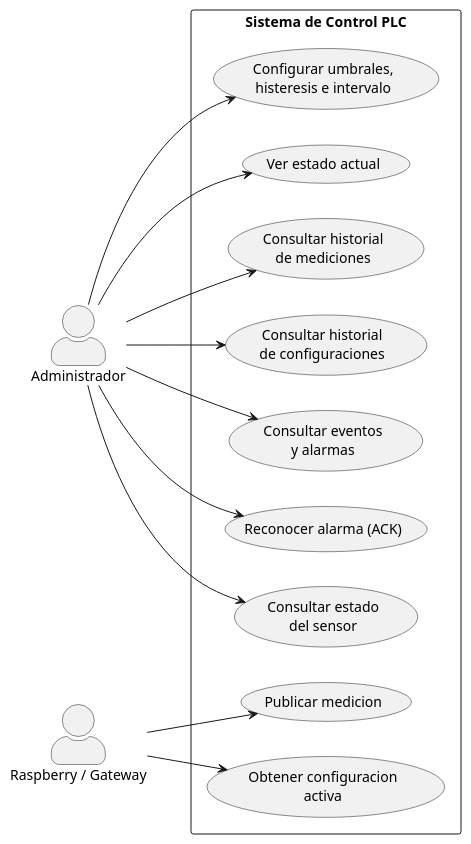
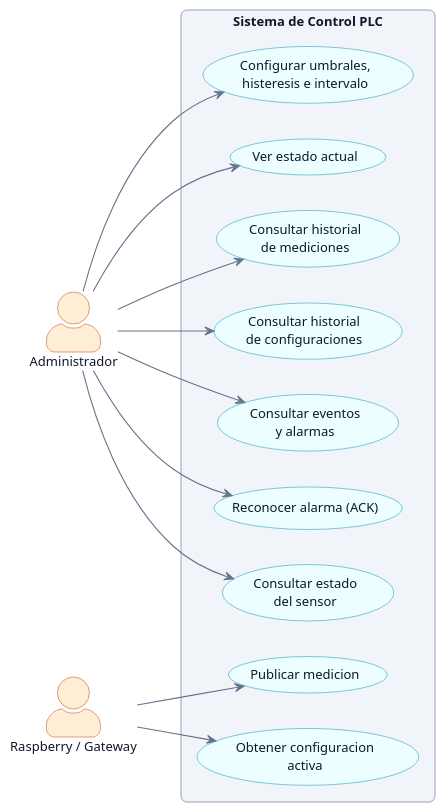
One commit to andinogabriel/plc-control-backend changed the diagram in docs/uml/use_cases.puml. Above: the diagram before and after it, drawn with PlantUML. The commit also changed 32 other files, not shown here.

Commit message:
docs: modernize UML visual style (project palette, flat/rounded) + add ADRs and C4 context

```diff
--- a/docs/uml/use_cases.puml
+++ b/docs/uml/use_cases.puml
@@ -1,31 +1,68 @@
 @startuml use_cases
+' --- estilo moderno 2026 (flat, redondeado, paleta del proyecto; fondo claro para legibilidad en GitHub) ---
+skinparam backgroundColor #FFFFFF
+skinparam shadowing false
+skinparam roundCorner 12
+skinparam DefaultFontColor #0F172A
+skinparam DefaultFontSize 13
+skinparam ArrowColor #64748B
+skinparam ArrowFontColor #475569
+skinparam ArrowThickness 1.1
+skinparam classBackgroundColor #F8FAFC
+skinparam classBorderColor #0891B2
+skinparam classBorderThickness 1.1
+skinparam classAttributeFontColor #334155
+skinparam stateBackgroundColor #F8FAFC
+skinparam stateBorderColor #0891B2
+skinparam usecaseBackgroundColor #ECFEFF
+skinparam usecaseBorderColor #0891B2
+skinparam actorBackgroundColor #FFEDD5
+skinparam actorBorderColor #C2410C
+skinparam packageBackgroundColor #F1F5F9
+skinparam packageBorderColor #94A3B8
+skinparam componentBackgroundColor #F8FAFC
+skinparam componentBorderColor #0891B2
+skinparam nodeBackgroundColor #F8FAFC
+skinparam nodeBorderColor #475569
+skinparam participantBackgroundColor #F1F5F9
+skinparam participantBorderColor #94A3B8
+skinparam sequenceLifeLineBorderColor #CBD5E1
+skinparam sequenceGroupBackgroundColor #F1F5F9
+skinparam noteBackgroundColor #FEF9C3
+skinparam noteBorderColor #CA8A04
+skinparam activityBackgroundColor #F8FAFC
+skinparam activityBorderColor #0891B2
+skinparam activityDiamondBackgroundColor #FFEDD5
+skinparam activityDiamondBorderColor #C2410C
+skinparam objectBackgroundColor #F8FAFC
+skinparam objectBorderColor #0891B2
 ' Diagrama de casos de uso (UML) — notacion nativa: actores + frontera del sistema + asociaciones.
 left to right direction
 skinparam actorStyle awesome
 skinparam packageStyle rectangle
 
 actor "Administrador" as Admin
 actor "Raspberry / Gateway" as RPi
 
 rectangle "Sistema de Control PLC" {
   usecase "Configurar umbrales,\nhisteresis e intervalo" as UC1
   usecase "Ver estado actual" as UC2
   usecase "Consultar historial\nde mediciones" as UC3
   usecase "Consultar historial\nde configuraciones" as UC4
   usecase "Consultar eventos\ny alarmas" as UC5
   usecase "Reconocer alarma (ACK)" as UC6
   usecase "Consultar estado\ndel sensor" as UC7
   usecase "Publicar medicion" as UC8
   usecase "Obtener configuracion\nactiva" as UC9
 }
 
 Admin --> UC1
 Admin --> UC2
 Admin --> UC3
 Admin --> UC4
 Admin --> UC5
 Admin --> UC6
 Admin --> UC7
 RPi --> UC8
 RPi --> UC9
 @enduml
```
